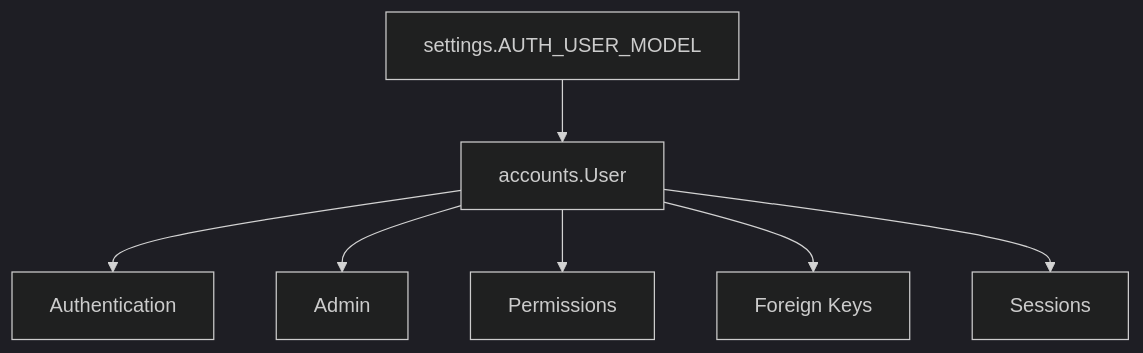
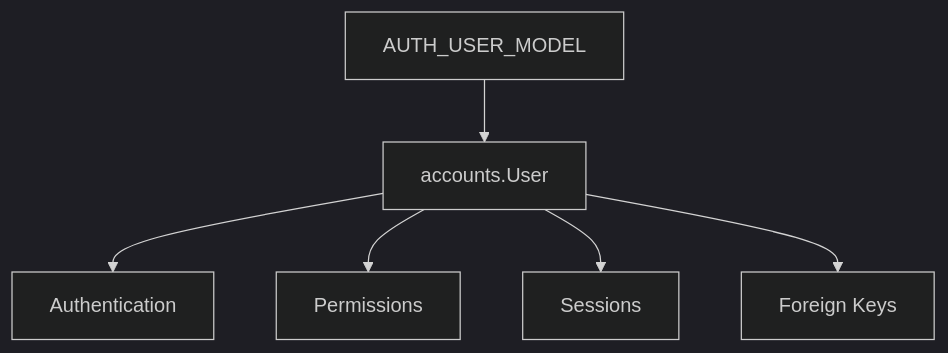
Before and after one commit to AvadhBhalodiya/Interview-Preparation: the second of 4 diagrams in src/content/django/custom-user-model.md, drawn with Mermaid (dark theme). The commit also changed other lines of this file and 80 other files, not shown here.

````diff
--- a/src/content/django/custom-user-model.md
+++ b/src/content/django/custom-user-model.md
@@ -368,9 +179,8 @@
 ```mermaid
 flowchart TD
-    A[settings.AUTH_USER_MODEL] --> B["accounts.User"]
+    A[AUTH_USER_MODEL] --> B[accounts.User]
     B --> C[Authentication]
-    B --> D[Admin]
-    B --> E[Permissions]
+    B --> D[Permissions]
+    B --> E[Sessions]
     B --> F[Foreign Keys]
-    B --> G[Sessions]
 ```
````
